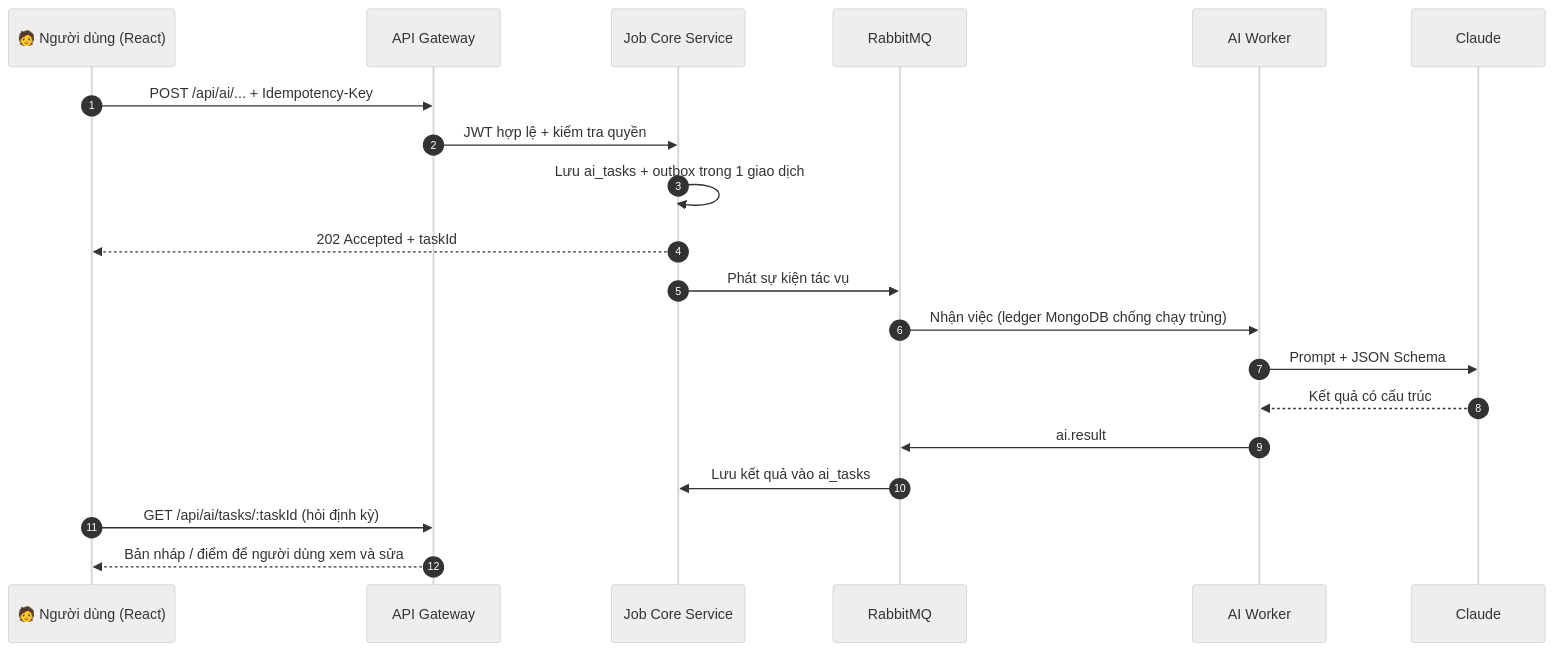
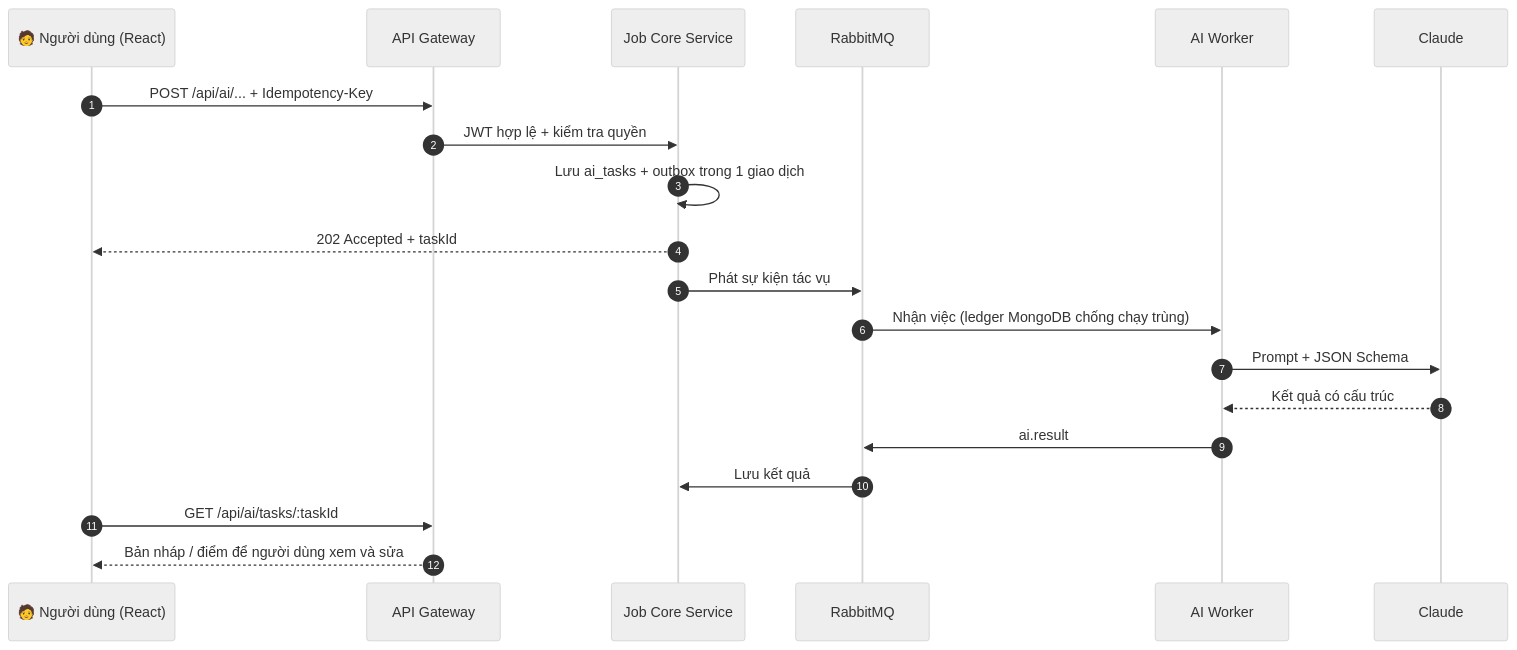
The first of 3 diagrams in README.md (nguyentuanthien2384/DALN_JobFind), drawn with Mermaid (neutral theme) before and after one commit. The commit also changed other lines of this file and 19 other files, not shown here.

````diff
--- a/README.md
+++ b/README.md
@@ -144,22 +189,22 @@
 ```mermaid
 sequenceDiagram
     autonumber
     participant U as 🧑 Người dùng (React)
     participant G as API Gateway
     participant J as Job Core Service
     participant Q as RabbitMQ
     participant W as AI Worker
     participant C as Claude
     U->>G: POST /api/ai/... + Idempotency-Key
     G->>J: JWT hợp lệ + kiểm tra quyền
     J->>J: Lưu ai_tasks + outbox trong 1 giao dịch
     J-->>U: 202 Accepted + taskId
     J->>Q: Phát sự kiện tác vụ
     Q->>W: Nhận việc (ledger MongoDB chống chạy trùng)
     W->>C: Prompt + JSON Schema
     C-->>W: Kết quả có cấu trúc
     W->>Q: ai.result
-    Q->>J: Lưu kết quả vào ai_tasks
-    U->>G: GET /api/ai/tasks/:taskId (hỏi định kỳ)
+    Q->>J: Lưu kết quả
+    U->>G: GET /api/ai/tasks/:taskId
     G-->>U: Bản nháp / điểm để người dùng xem và sửa
 ```
````
